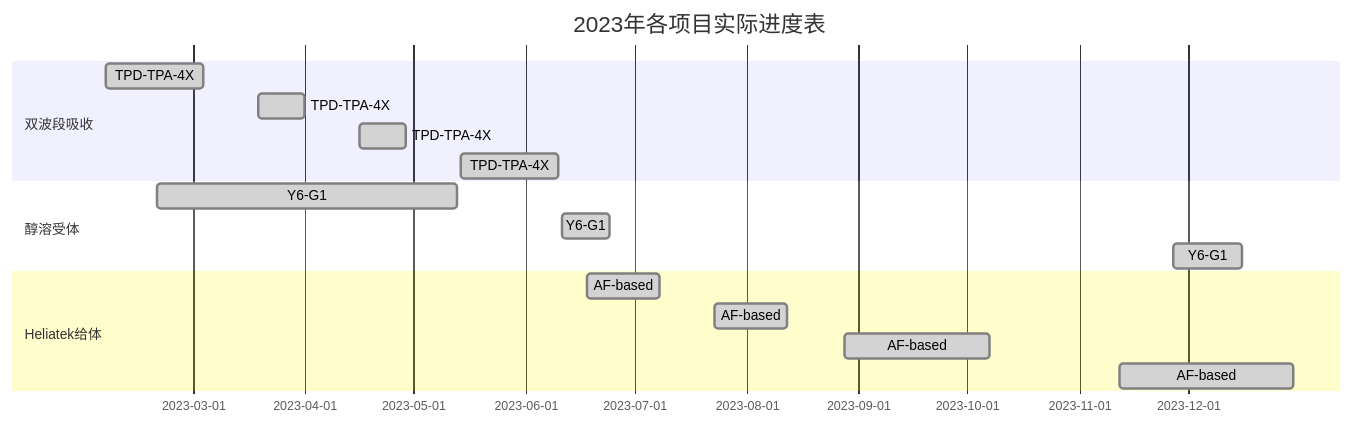
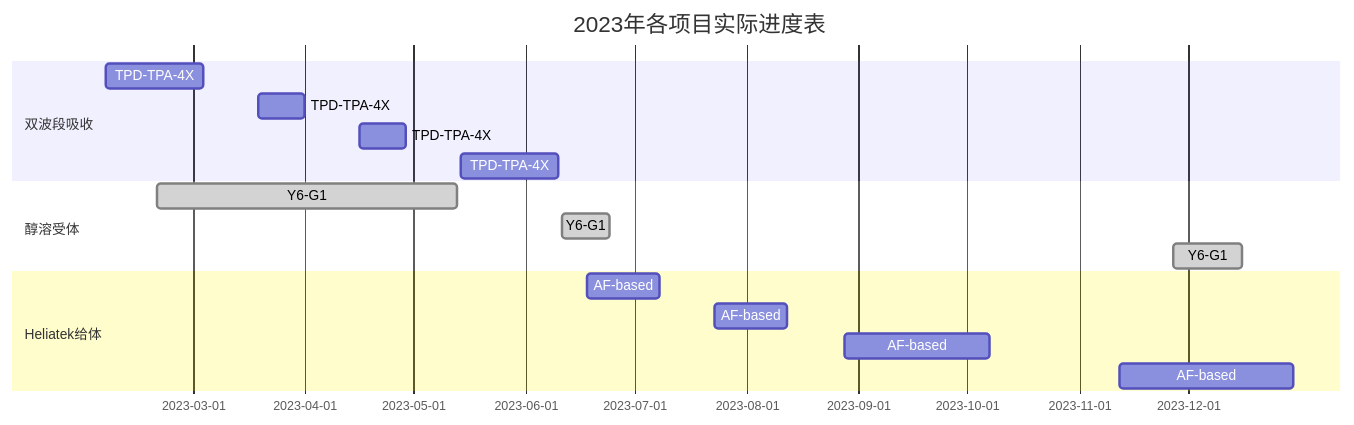
The diagram in blog/category1/gantt_weekly.md (qiao-ze/qiao-ze.github.io), drawn with Mermaid before and after one commit.

````diff
--- a/blog/category1/gantt_weekly.md
+++ b/blog/category1/gantt_weekly.md
@@ -17,28 +17,28 @@
 ```mermaid
  gantt
      dateFormat  YY-MM-DD
      title 2023年各项目实际进度表
      section 双波段吸收
-     TPD-TPA-4X            :done,    des1, 23-02-05,23-03-04
-     TPD-TPA-4X            :done,    des2, 23-03-19,23-04-01
-     TPD-TPA-4X            :done,    des3, 23-04-16,23-04-29
-     TPD-TPA-4X            :done,    des4, 23-05-14,23-06-10
+     TPD-TPA-4X            :    des1, 23-02-05,23-03-04
+     TPD-TPA-4X            :    des2, 23-03-19,23-04-01
+     TPD-TPA-4X            :    des3, 23-04-16,23-04-29
+     TPD-TPA-4X            :    des4, 23-05-14,23-06-10
 
      section 醇溶受体
      Y6-G1            :done,    des1, 23-02-19,23-05-13
      Y6-G1            :done,    des2, 23-06-11,23-06-24
      Y6-G1            :done,    des3, 23-11-27,23-12-16
 
      section Heliatek给体
-     AF-based            :done,    des1, 23-06-18,23-07-08
-     AF-based            :done,    des2, 23-07-23,23-08-12
-     AF-based            :done,    des3, 23-08-28,23-10-07
-     AF-based            :done,    des3, 23-11-12,23-12-30
+     AF-based            :    des1, 23-06-18,23-07-08
+     AF-based            :    des2, 23-07-23,23-08-12
+     AF-based            :    des3, 23-08-28,23-10-07
+     AF-based            :    des3, 23-11-12,23-12-30
   
     
  
      
      
  
      
 ```
````
